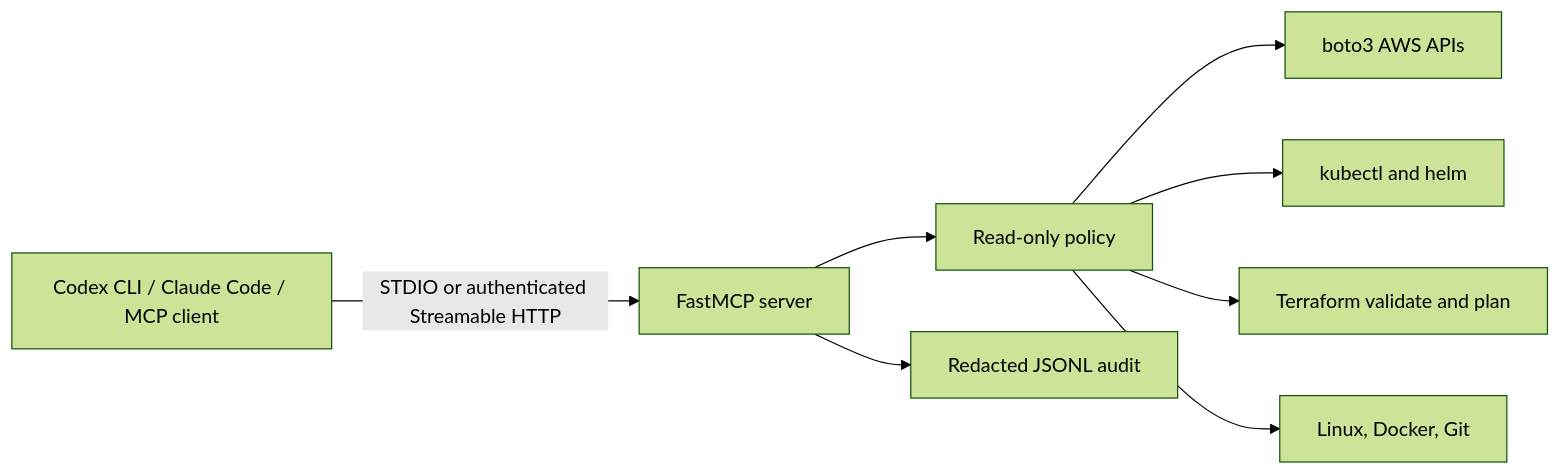
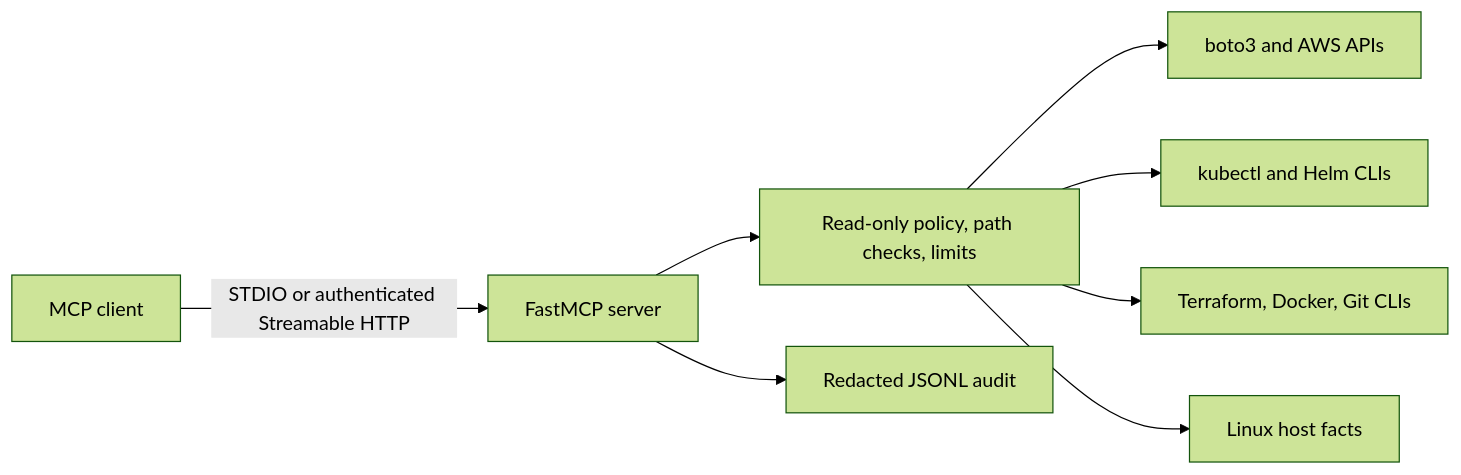
One commit to rlcosmo/cosmotech-infrastructure-mcp changed the diagram in docs/architecture.md. Above: the diagram before and after it, drawn with Mermaid (forest theme). The commit also changed other lines of this file and 11 other files, not shown here.

````diff
--- a/docs/architecture.md
+++ b/docs/architecture.md
@@ -3,19 +8,19 @@
 ```mermaid
 flowchart LR
-    Client[Codex CLI / Claude Code / MCP client]
+    Client[MCP client]
     Server[FastMCP server]
-    Policy[Read-only policy]
+    Guard[Read-only policy, path checks, limits]
     Audit[Redacted JSONL audit]
-    AWS[boto3 AWS APIs]
-    Kube[kubectl and helm]
-    TF[Terraform validate and plan]
-    Host[Linux, Docker, Git]
+    AWS[boto3 and AWS APIs]
+    Kube[kubectl and Helm CLIs]
+    Infra[Terraform, Docker, Git CLIs]
+    Host[Linux host facts]
 
     Client -->|STDIO or authenticated Streamable HTTP| Server
-    Server --> Policy
+    Server --> Guard
     Server --> Audit
-    Policy --> AWS
-    Policy --> Kube
-    Policy --> TF
-    Policy --> Host
+    Guard --> AWS
+    Guard --> Kube
+    Guard --> Infra
+    Guard --> Host
 ```
````
